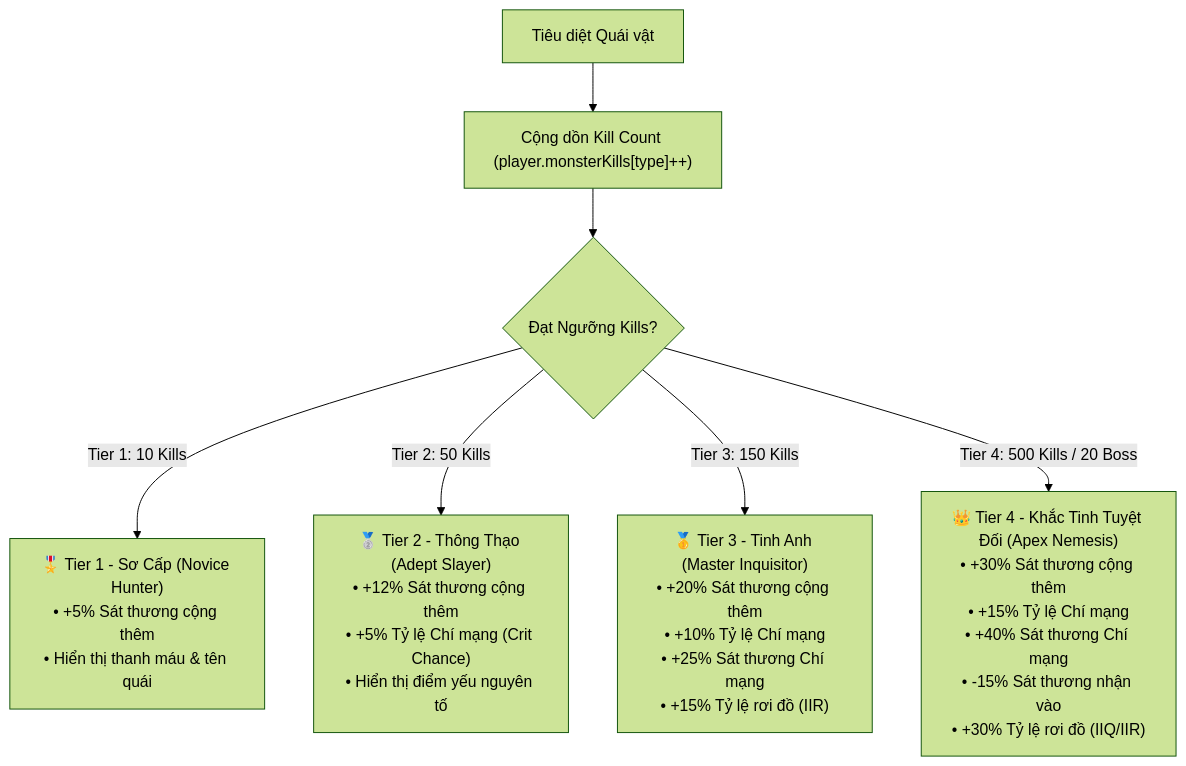
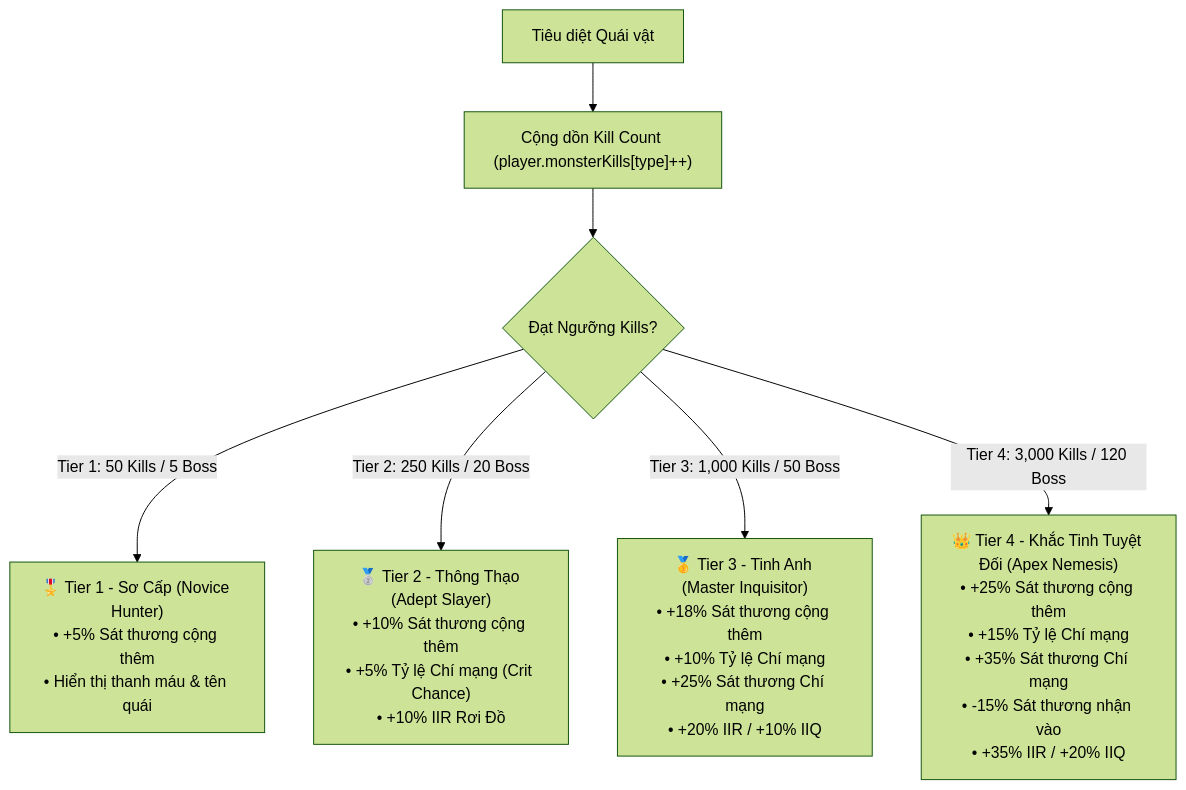
The diagram in docs/design/monster_lore_mastery_design.md (kzxl/my-dream-game), drawn with Mermaid (forest theme) before and after one commit. The commit also changed other lines of this file and 4 other files, not shown here.

````diff
--- a/docs/design/monster_lore_mastery_design.md
+++ b/docs/design/monster_lore_mastery_design.md
@@ -9,9 +9,9 @@
 ```mermaid
 graph TD
     Kill[Tiêu diệt Quái vật] --> AddCount["Cộng dồn Kill Count (player.monsterKills[type]++)"]
     AddCount --> CheckTier{Đạt Ngưỡng Kills?}
-    CheckTier -->|Tier 1: 10 Kills| T1["🎖️ Tier 1 - Sơ Cấp (Novice Hunter)<br>• +5% Sát thương cộng thêm<br>• Hiển thị thanh máu & tên quái"]
-    CheckTier -->|Tier 2: 50 Kills| T2["🥈 Tier 2 - Thông Thạo (Adept Slayer)<br>• +12% Sát thương cộng thêm<br>• +5% Tỷ lệ Chí mạng (Crit Chance)<br>• Hiển thị điểm yếu nguyên tố"]
-    CheckTier -->|Tier 3: 150 Kills| T3["🥇 Tier 3 - Tinh Anh (Master Inquisitor)<br>• +20% Sát thương cộng thêm<br>• +10% Tỷ lệ Chí mạng<br>• +25% Sát thương Chí mạng<br>• +15% Tỷ lệ rơi đồ (IIR)"]
-    CheckTier -->|Tier 4: 500 Kills / 20 Boss| T4["👑 Tier 4 - Khắc Tinh Tuyệt Đối (Apex Nemesis)<br>• +30% Sát thương cộng thêm<br>• +15% Tỷ lệ Chí mạng<br>• +40% Sát thương Chí mạng<br>• -15% Sát thương nhận vào<br>• +30% Tỷ lệ rơi đồ (IIQ/IIR)"]
+    CheckTier -->|Tier 1: 50 Kills / 5 Boss| T1["🎖️ Tier 1 - Sơ Cấp (Novice Hunter)<br>• +5% Sát thương cộng thêm<br>• Hiển thị thanh máu & tên quái"]
+    CheckTier -->|Tier 2: 250 Kills / 20 Boss| T2["🥈 Tier 2 - Thông Thạo (Adept Slayer)<br>• +10% Sát thương cộng thêm<br>• +5% Tỷ lệ Chí mạng (Crit Chance)<br>• +10% IIR Rơi Đồ"]
+    CheckTier -->|Tier 3: 1,000 Kills / 50 Boss| T3["🥇 Tier 3 - Tinh Anh (Master Inquisitor)<br>• +18% Sát thương cộng thêm<br>• +10% Tỷ lệ Chí mạng<br>• +25% Sát thương Chí mạng<br>• +20% IIR / +10% IIQ"]
+    CheckTier -->|Tier 4: 3,000 Kills / 120 Boss| T4["👑 Tier 4 - Khắc Tinh Tuyệt Đối (Apex Nemesis)<br>• +25% Sát thương cộng thêm<br>• +15% Tỷ lệ Chí mạng<br>• +35% Sát thương Chí mạng<br>• -15% Sát thương nhận vào<br>• +35% IIR / +20% IIQ"]
 ```
````
